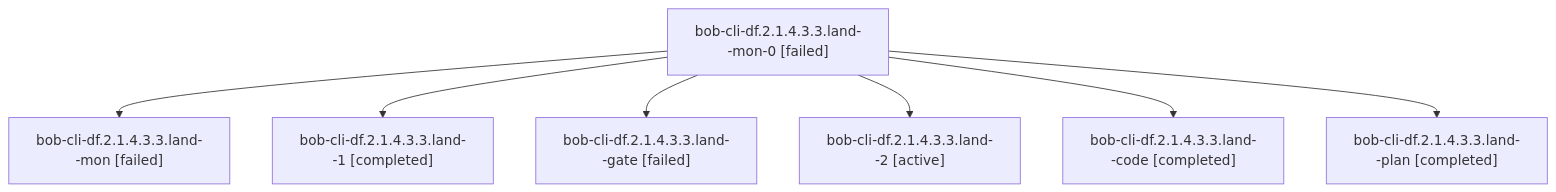
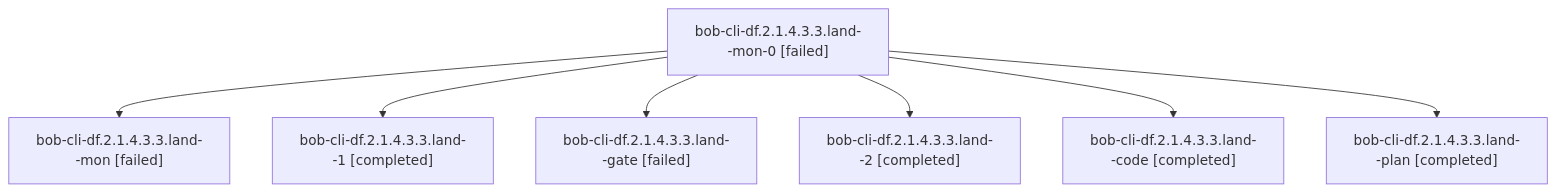
The diagram in sessions/bbugyi200.athena.bob-cli-df.2.1.4.3.3.land.md (bobs-org/bob-cli--agents), drawn with Mermaid before and after one commit. The commit also changed other lines of this file and 140 other files, not shown here.

````diff
--- a/sessions/bbugyi200.athena.bob-cli-df.2.1.4.3.3.land.md
+++ b/sessions/bbugyi200.athena.bob-cli-df.2.1.4.3.3.land.md
@@ -9,16 +9,16 @@
 ```mermaid
 flowchart TD
   n0["bob-cli-df.2.1.4.3.3.land--mon-0 [failed]"]
   n1["bob-cli-df.2.1.4.3.3.land--mon [failed]"]
   n0 --> n1
   n2["bob-cli-df.2.1.4.3.3.land--1 [completed]"]
   n0 --> n2
   n3["bob-cli-df.2.1.4.3.3.land--gate [failed]"]
   n0 --> n3
-  n4["bob-cli-df.2.1.4.3.3.land--2 [active]"]
+  n4["bob-cli-df.2.1.4.3.3.land--2 [completed]"]
   n0 --> n4
   n5["bob-cli-df.2.1.4.3.3.land--code [completed]"]
   n0 --> n5
   n6["bob-cli-df.2.1.4.3.3.land--plan [completed]"]
   n0 --> n6
 ```
````
